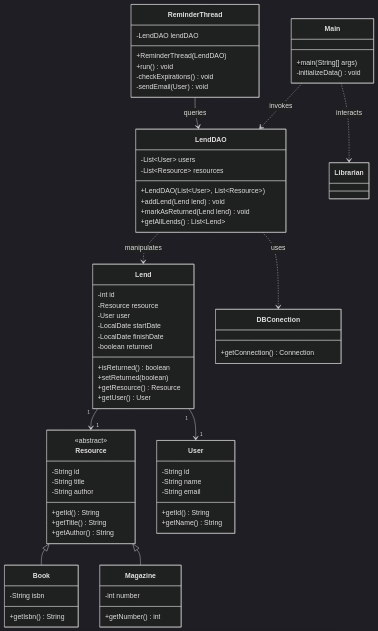
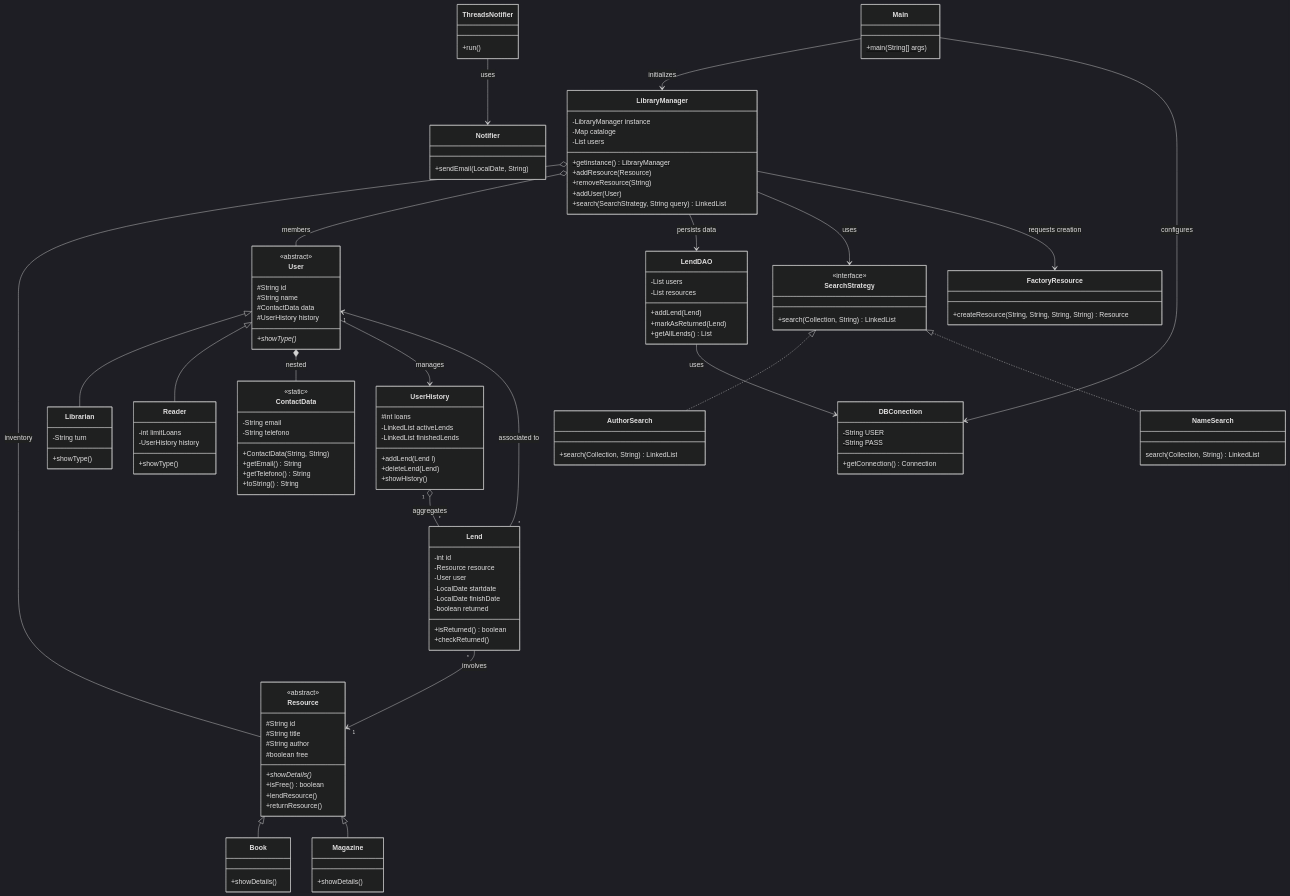
The second of 3 diagrams in README.md (marinatrabaa/ProyectoPOO), drawn with Mermaid (dark theme) before and after one commit.

Commit message:
Update class diagram in README.md

`````diff
--- a/README.md
+++ b/README.md
@@ -142,79 +142,151 @@
 ````mermaid
 classDiagram
+    %% --- PAQUETE: DB Y DAO ---
+    class DBConection {
+        -String USER$
+        -String PASS$
+        +getConnection() Connection
+    }
+    class LendDAO {
+        -List<User> users
+        -List<Resource> resources
+        +addLend(Lend)
+        +markAsReturned(Lend)
+        +getAllLends() List<Lend>
+    }
+
+    %% --- PAQUETE: USERS ---
+    class User {
+        <<abstract>>
+        #String id
+        #String name
+		#ContactData data
+		#UserHistory history
+		+showType()*
+    }
+	
+	class ContactData {
+        <<static>>
+        -String email
+        -String telefono
+        +ContactData(String, String)
+        +getEmail() String
+        +getTelefono() String
+        +toString() String
+    }
+	
+    class Librarian {
+        -String turn
+        +showType()
+    }
+    class Reader {
+        -int limitLoans
+		-UserHistory history
+		+showType()
+    }
+
+    %% --- PAQUETE: RESOURCES ---
     class Resource {
         <<abstract>>
-        -String id
-        -String title
-        -String author
-        +getId() String
-        +getTitle() String
-        +getAuthor() String
+        #String id
+        #String title
+        #String author
+		#boolean free
+		+showDetails()*
+		+isFree() boolean
+		+lendResource()
+		+returnResource()
+    }
+    class Book {
+        +showDetails()
+    }
+    class Magazine {
+        +showDetails()
     }
 
-    class Book {
-        -String isbn
-        +getIsbn() String
-    }
-
-    class Magazine {
-        -int number
-        +getNumber() int
-    }
-
-    class User {
-        -String id
-        -String name
-        -String email
-        +getId() String
-        +getName() String
-    }
-
+    %% --- PAQUETE: LENDS ---
     class Lend {
         -int id
         -Resource resource
         -User user
-        -LocalDate startDate
+        -LocalDate startdate
         -LocalDate finishDate
         -boolean returned
         +isReturned() boolean
-        +setReturned(boolean)
-        +getResource() Resource
-        +getUser() User
+        +checkReturned()
+    }
+    class UserHistory {
+        #int loans
+        -LinkedList<Lend> activeLends
+        -LinkedList<Lend> finishedLends
+        +addLend(Lend l)
+        +deleteLend(Lend)
+        +showHistory()
     }
 
-    class LendDAO {
-        -List~User~ users
-        -List~Resource~ resources
-        +LendDAO(List~User~, List~Resource~)
-        +addLend(Lend lend) void
-        +markAsReturned(Lend lend) void
-        +getAllLends() List~Lend~
+    %% --- PAQUETE: SERVICES & STRATEGY ---
+    class LibraryManager {
+        -LibraryManager instance
+        -Map<String, Resource> cataloge
+		-List<User> users
+        +getinstance()$ LibraryManager
+        +addResource(Resource)
+		+removeResource(String)
+		+addUser(User)
+		+search(SearchStrategy, String query) LinkedList<Resource>
     }
-
-    class DBConection {
-        +getConnection() Connection$
+    class FactoryResource {
+        +createResource(String, String, String, String) Resource
     }
-
-    class ReminderThread {
-        -LendDAO lendDAO
-        +ReminderThread(LendDAO)
-        +run() void
-        -checkExpirations() void
-        -sendEmail(User) void
+    class SearchStrategy {
+        <<interface>>
+        +search(Collection<Resource>, String) LinkedList<Resource>
+    }
+    class AuthorSearch{
+		+search(Collection<Resource>, String) LinkedList<Resource>
+	}
+    class NameSearch{
+		search(Collection<Resource>, String) LinkedList<Resource>
+		}
+    
+    class Notifier {
+        +sendEmail(LocalDate, String)
+    }
+    class ThreadsNotifier {
+        +run()
     }
 
     class Main {
         +main(String[] args)$
-        -initializeData() void
     }
 
+    %% --- RELACIONES DE HERENCIA Y REALIZACIÓN ---
+    User <|-- Librarian
+    User <|-- Reader
     Resource <|-- Book
     Resource <|-- Magazine
-    Lend "1" --> "1" User
-    Lend "1" --> "1" Resource
-    LendDAO ..> Lend : manipulates
-    LendDAO ..> DBConection : uses
-    ReminderThread --> LendDAO : queries
-    Main ..> Librarian : interacts
-    Main ..> LendDAO : invokes
+    SearchStrategy <|.. AuthorSearch
+    SearchStrategy <|.. NameSearch
+
+    %% --- RELACIONES DE ASOCIACIÓN Y USO (CONEXIÓN TOTAL) ---
+    Main --> LibraryManager : initializes
+    Main --> DBConection : configures
+    
+    LibraryManager o-- Resource : inventory
+    LibraryManager o-- User : members
+    LibraryManager --> LendDAO : persists data
+    LibraryManager --> SearchStrategy : uses
+    LibraryManager --> FactoryResource : requests creation
+    
+    LendDAO --> DBConection : uses
+    Lend "*" --> "1" User : associated to
+    Lend "*" --> "1" Resource : involves
+    UserHistory "1" o-- "*" Lend : aggregates
+    
+    ThreadsNotifier --> Notifier : uses
+	
+	%% Relación de clase anidada
+    User *-- ContactData : nested
+    %% Relación con el historial
+    User --> UserHistory : manages
 ````
`````
